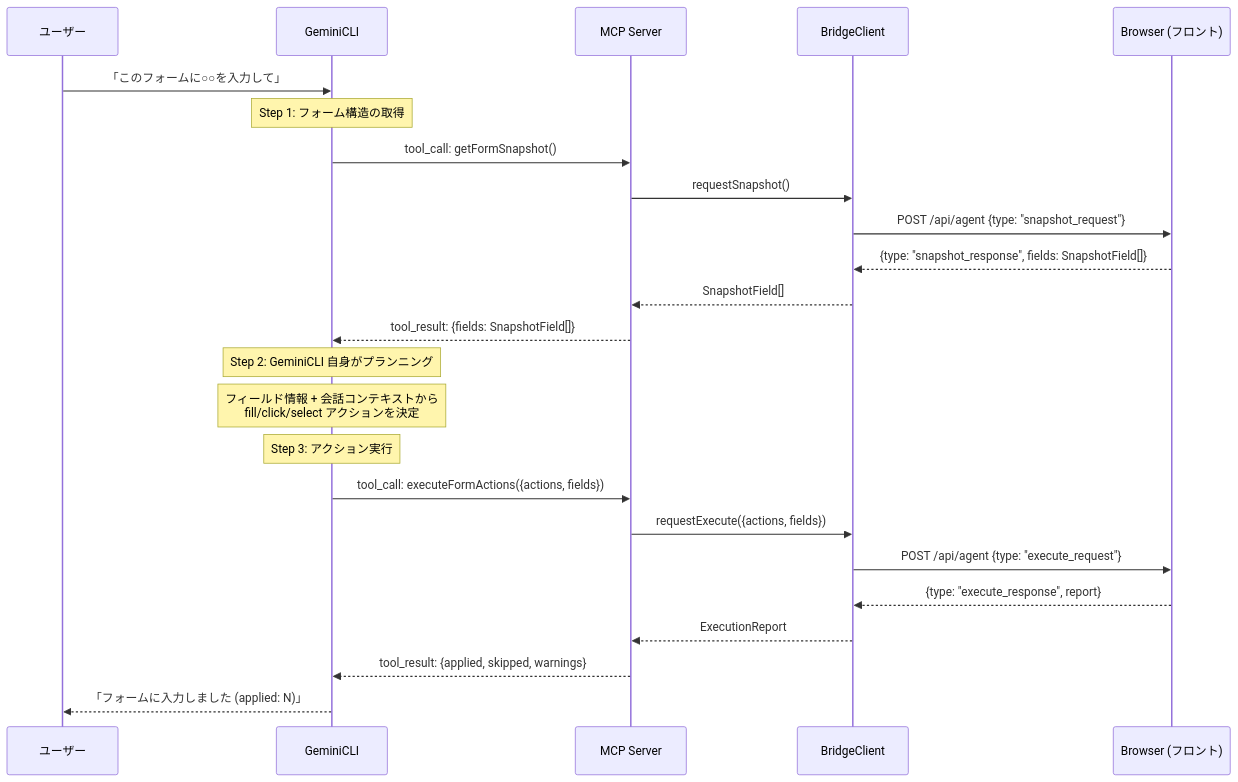
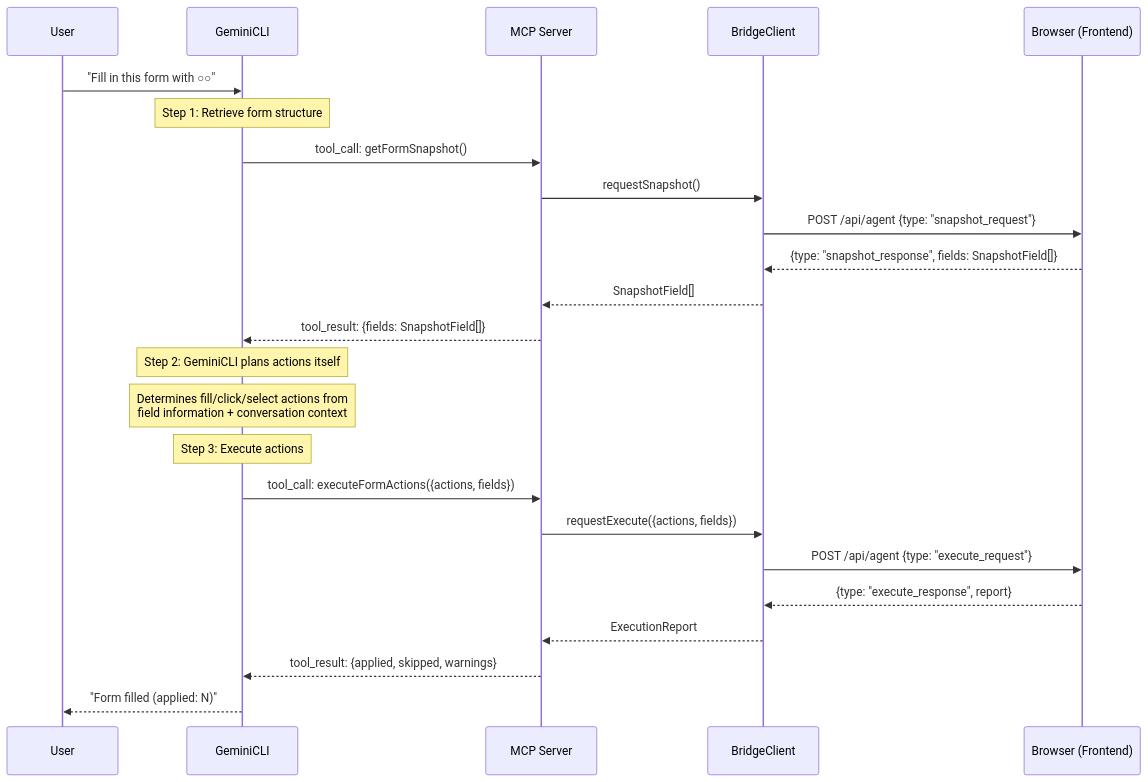
The diagram in docs/rfcs/0001-remove-planner-split-fillform.md (giselles-ai/agent-container), drawn with Mermaid before and after one commit. The commit also changed other lines of this file and 7 other files, not shown here.

````diff
--- a/docs/rfcs/0001-remove-planner-split-fillform.md
+++ b/docs/rfcs/0001-remove-planner-split-fillform.md
@@ -65,31 +65,31 @@
 ```mermaid
 sequenceDiagram
-    participant User as ユーザー
+    participant User as User
     participant Gemini as GeminiCLI
     participant MCP as MCP Server
     participant Bridge as BridgeClient
-    participant Browser as Browser (フロント)
+    participant Browser as Browser (Frontend)
 
-    User->>Gemini: 「このフォームに○○を入力して」
+    User->>Gemini: "Fill in this form with ○○"
 
-    Note over Gemini: Step 1: フォーム構造の取得
+    Note over Gemini: Step 1: Retrieve form structure
     Gemini->>MCP: tool_call: getFormSnapshot()
     MCP->>Bridge: requestSnapshot()
     Bridge->>Browser: POST /api/agent {type: "snapshot_request"}
     Browser-->>Bridge: {type: "snapshot_response", fields: SnapshotField[]}
     Bridge-->>MCP: SnapshotField[]
     MCP-->>Gemini: tool_result: {fields: SnapshotField[]}
 
-    Note over Gemini: Step 2: GeminiCLI 自身がプランニング
-    Note over Gemini: フィールド情報 + 会話コンテキストから<br/>fill/click/select アクションを決定
+    Note over Gemini: Step 2: GeminiCLI plans actions itself
+    Note over Gemini: Determines fill/click/select actions from<br/>field information + conversation context
 
-    Note over Gemini: Step 3: アクション実行
+    Note over Gemini: Step 3: Execute actions
     Gemini->>MCP: tool_call: executeFormActions({actions, fields})
     MCP->>Bridge: requestExecute({actions, fields})
     Bridge->>Browser: POST /api/agent {type: "execute_request"}
     Browser-->>Bridge: {type: "execute_response", report}
     Bridge-->>MCP: ExecutionReport
     MCP-->>Gemini: tool_result: {applied, skipped, warnings}
 
-    Gemini-->>User: 「フォームに入力しました (applied: N)」
+    Gemini-->>User: "Form filled (applied: N)"
 ```
````
